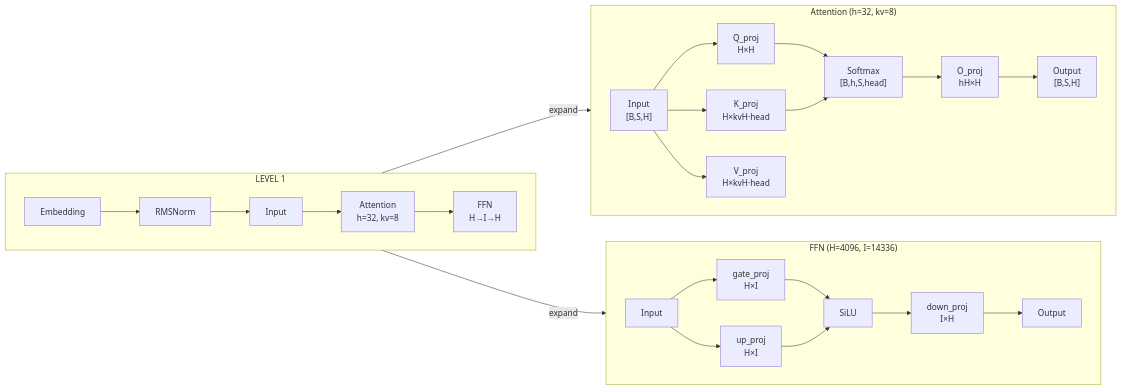
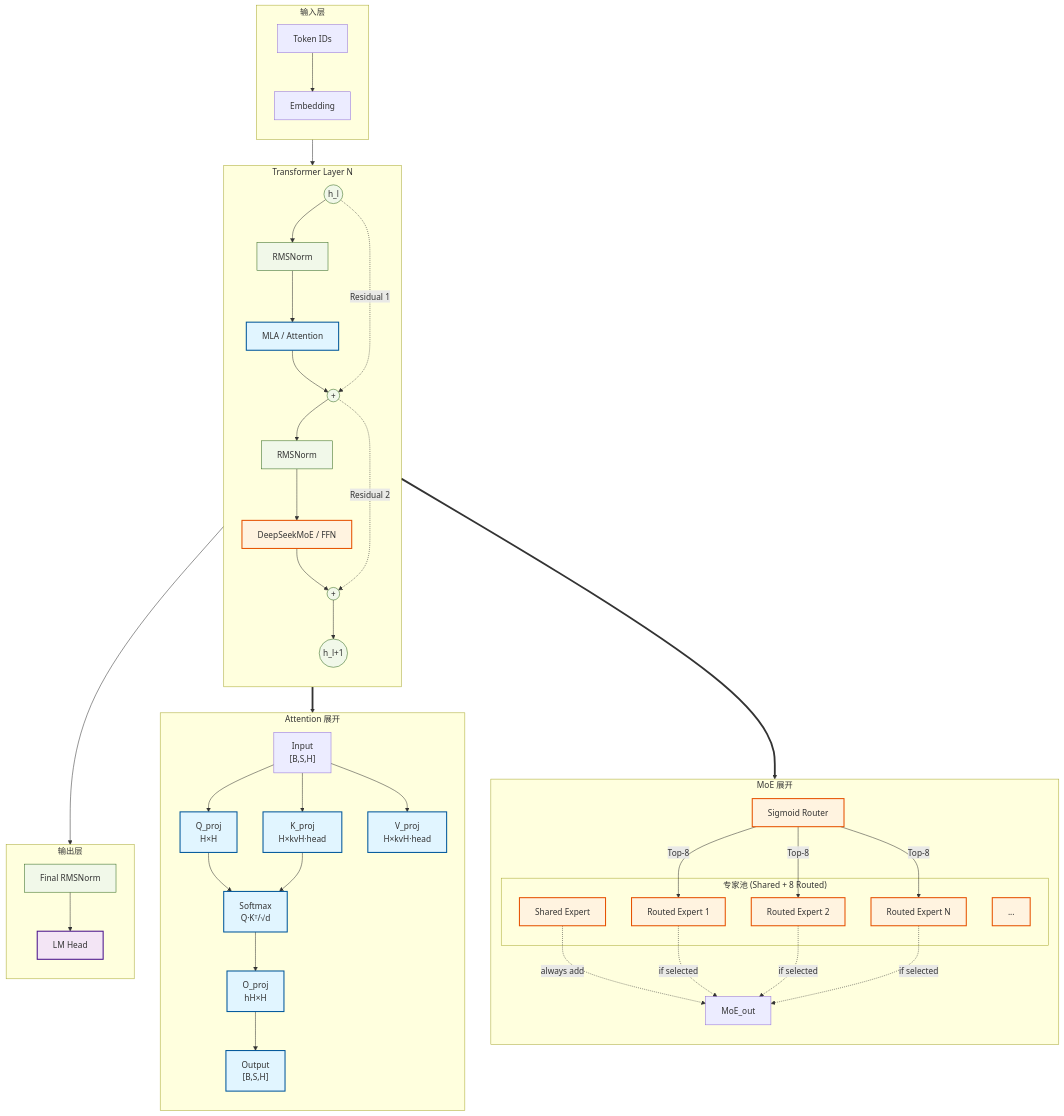
Before and after one commit to kevinoldching/agent-skills: the second of 3 diagrams in llm_arch_generator/docs/superpowers/specs/2026-03-26-llm_arch_generator-design.md, drawn with Mermaid. The commit also changed other lines of this file, not shown here.

Commit message:
docs: update Level 2 diagram with DeepSeek-V3 style TD layout
- Replace LR mermaid with graph TD (top-down) from DeepSeek V3 example
- Add MoE expansion with router + expert pool detail
- Add Attention expansion with Q/K/V/O projections
- Use ==> for expand relationships, -.-. for residual
- Update color conventions to classDef style
- Update -vv example to match new structure

````diff
--- a/llm_arch_generator/docs/superpowers/specs/2026-03-26-llm_arch_generator-design.md
+++ b/llm_arch_generator/docs/superpowers/specs/2026-03-26-llm_arch_generator-design.md
@@ -207,35 +201,88 @@
 ```mermaid
-graph LR
-    subgraph L1["LEVEL 1"]
-        direction LR
-        E["Embedding"] --> LN1["RMSNorm"]
-        LN1 --> Input["Input"]
-        Input --> Attn1["Attention<br/>h=32, kv=8"]
-        Attn1 --> FFN1["FFN<br/>H→I→H"]
-        style L1 dashed
+graph TD
+    %% === 颜色定义 ===
+    classDef attention fill:#e1f5ff,stroke:#01579b,stroke-width:2px;
+    classDef moe fill:#fff3e0,stroke:#e65100,stroke-width:2px;
+    classDef ffn fill:#fff4e1,stroke:#333,stroke-width:2px;
+    classDef norm fill:#f1f8e9,stroke:#33691e,stroke-width:1px;
+    classDef input_stage fill:#f3e5f5,stroke:#4a148c,stroke-width:2px;
+    classDef output_stage fill:#f3e5f5,stroke:#4a148c,stroke-width:2px;
+
+    %% === 输入层 (Level 1) ===
+    subgraph Input_Stage ["输入层"]
+        direction TB
+        Tokens["Token IDs"] --> Embed["Embedding"]
     end
 
-    L1 -->|"expand"| Attn[" "]
-    L1 -->|"expand"| FFN[" "]
+    %% === Layer N 结构 (Level 1) ===
+    subgraph Transformer_Layer ["Transformer Layer N"]
+        direction TB
 
-    subgraph Attn["Attention (h=32, kv=8)"]
-        direction LR
-        In["Input<br/>[B,S,H]"] --> Q["Q_proj<br/>H×H"]
-        In --> K["K_proj<br/>H×kvH·head"]
-        In --> V["V_proj<br/>H×kvH·head"]
-        Q --> Soft["Softmax<br/>[B,h,S,head]"]
-        K --> Soft
-        Soft --> O["O_proj<br/>hH×H"]
-        O --> Out["Output<br/>[B,S,H]"]
+        layer_in((h_l)):::norm --> ln1["RMSNorm"]:::norm
+        ln1 --> attn_module["MLA / Attention"]:::attention
+
+        attn_module --> add1((+)):::norm
+        layer_in -.-> |"Residual 1"| add1
+
+        add1 --> ln2["RMSNorm"]:::norm
+        ln2 --> moe_module["DeepSeekMoE / FFN"]:::moe
+
+        moe_module --> add2((+)):::norm
+        add1 -.-> |"Residual 2"| add2
+
+        add2 --> layer_out((h_l+1)):::norm
     end
 
-    subgraph FFN["FFN (H=4096, I=14336)"]
-        direction LR
-        Fin["Input"] --> Gate["gate_proj<br/>H×I"]
-        Fin --> Up["up_proj<br/>H×I"]
-        Gate --> Mul["SiLU"]
-        Up --> Mul
-        Mul --> Down["down_proj<br/>I×H"]
-        Down --> Fout["Output"]
+    %% === MoE 展开 (Level 2) ===
+    subgraph MoE_Detail ["MoE 展开"]
+        direction TB
+
+        router["Sigmoid Router"]:::moe
+
+        subgraph Expert_Pool ["专家池 (Shared + 8 Routed)"]
+            shared["Shared Expert"]:::moe
+            routed_1["Routed Expert 1"]:::moe
+            routed_2["Routed Expert 2"]:::moe
+            routed_x["..." ]:::moe
+            routed_n["Routed Expert N"]:::moe
+        end
+
+        router --> |"Top-8"| routed_1
+        router --> |"Top-8"| routed_2
+        router --> |"Top-8"| routed_n
+        shared -.-> |"always add"| MoE_out
+        routed_1 -.-> |"if selected"| MoE_out
+        routed_2 -.-> |"if selected"| MoE_out
+        routed_n -.-> |"if selected"| MoE_out
     end
+
+    subgraph Attention_Detail ["Attention 展开"]
+        direction TB
+
+        attn_in["Input<br/>[B,S,H]"] --> q_proj["Q_proj<br/>H×H"]:::attention
+        attn_in --> k_proj["K_proj<br/>H×kvH·head"]:::attention
+        attn_in --> v_proj["V_proj<br/>H×kvH·head"]:::attention
+
+        q_proj --> softmax["Softmax<br/>Q·Kᵀ/√d"]:::attention
+        k_proj --> softmax
+
+        softmax --> o_proj["O_proj<br/>hH×H"]:::attention
+        o_proj --> attn_out["Output<br/>[B,S,H]"]:::attention
+    end
+
+    %% === 输出层 ===
+    subgraph Output_Stage ["输出层"]
+        direction TB
+        final_norm["Final RMSNorm"]:::norm
+        Head["LM Head"]:::output_stage
+    end
+
+    %% === 全局连接 ===
+    Embed --> layer_in
+    layer_out --> final_norm
+    final_norm --> Head
+
+    %% === 展开关系 (Level 1 ==> Level 2) ===
+    moe_module ==> router
+    attn_module ==> q_proj
 ```
````
